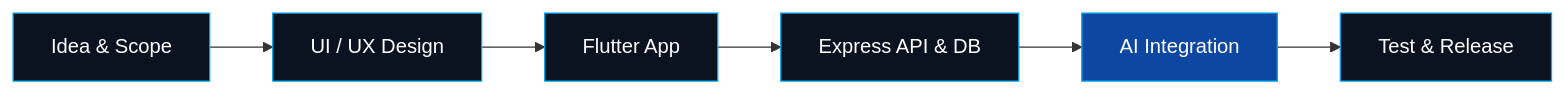
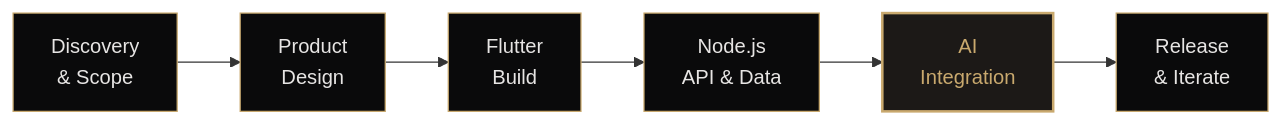
The diagram in README.md (pawanbhandarry/pawanbhandarry), drawn with Mermaid before and after one commit. The commit also changed other lines of this file, not shown here.

````diff
--- a/README.md
+++ b/README.md
@@ -145,14 +112,12 @@
 ```mermaid
 flowchart LR
-    A[Idea & Scope] --> B[UI / UX Design]
-    B --> C[Flutter App]
-    C --> D[Express API & DB]
-    D --> E[AI Integration]
-    E --> F[Test & Release]
-    style A fill:#0B1220,stroke:#02A8F3,color:#fff
-    style B fill:#0B1220,stroke:#02A8F3,color:#fff
-    style C fill:#0B1220,stroke:#02A8F3,color:#fff
-    style D fill:#0B1220,stroke:#02A8F3,color:#fff
-    style E fill:#0D47A1,stroke:#02A8F3,color:#fff
-    style F fill:#0B1220,stroke:#02A8F3,color:#fff
+    A["Discovery<br/>& Scope"] --> B["Product<br/>Design"]
+    B --> C["Flutter<br/>Build"]
+    C --> D["Node.js<br/>API & Data"]
+    D --> E["AI<br/>Integration"]
+    E --> F["Release<br/>& Iterate"]
+    classDef n fill:#0A0A0B,stroke:#C9A96E,color:#E7E5E4,stroke-width:1px;
+    classDef h fill:#1C1917,stroke:#C9A96E,color:#C9A96E,stroke-width:2px;
+    class A,B,C,D,F n;
+    class E h;
 ```
````
